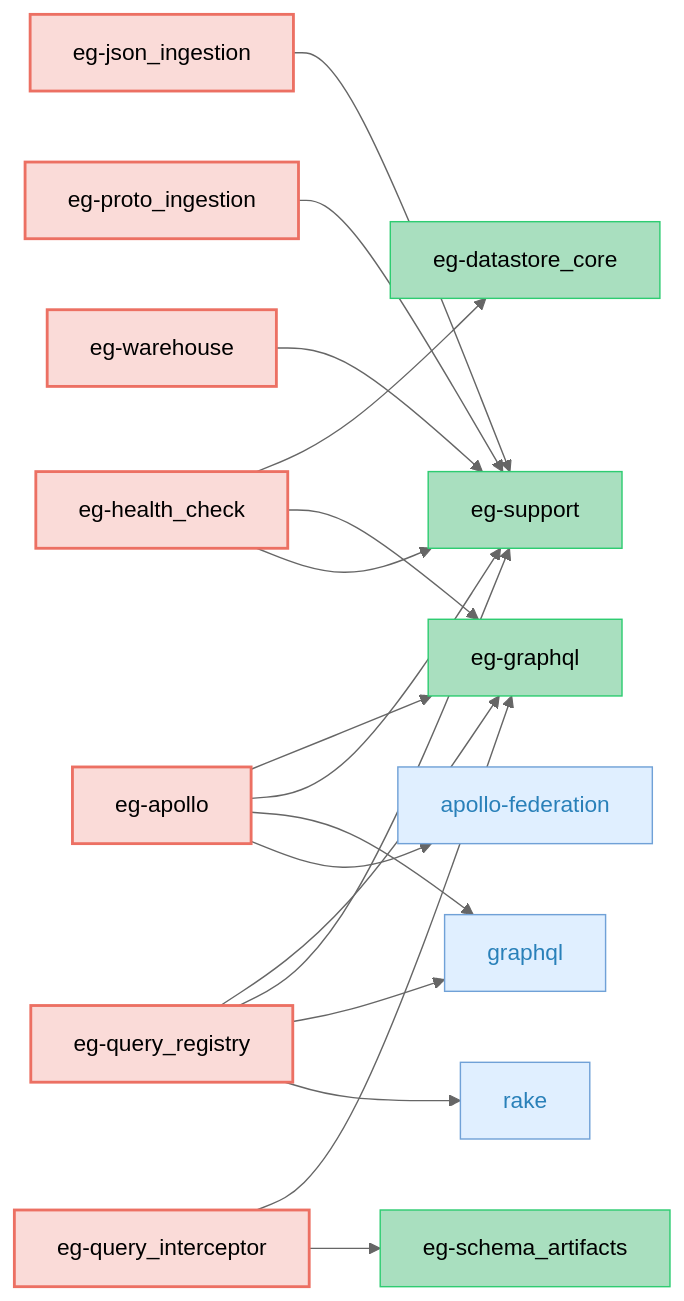
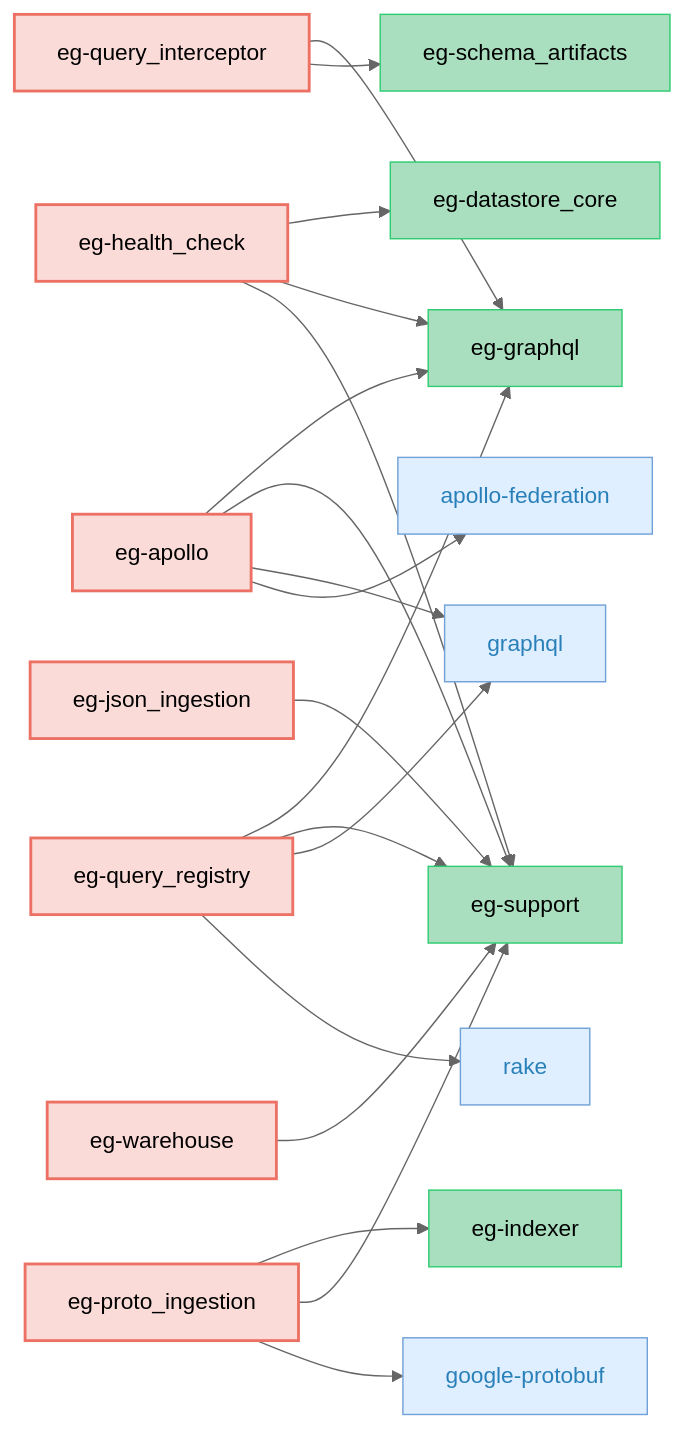
One commit to block/elasticgraph changed the fourth of 5 diagrams in CODEBASE_OVERVIEW.md. Above: the diagram before and after it, drawn with Mermaid (neutral theme). The commit also changed 45 other files, not shown here.

First line of the commit message:
Support protobuf ingestion end to end

````diff
--- a/CODEBASE_OVERVIEW.md
+++ b/CODEBASE_OVERVIEW.md
@@ -209,53 +209,60 @@
 ```mermaid
 graph LR;
     classDef targetGemStyle fill:#FADBD8,stroke:#EC7063,color:#000,stroke-width:2px;
     classDef otherEgGemStyle fill:#A9DFBF,stroke:#2ECC71,color:#000;
     classDef externalGemCatStyle fill:#E0EFFF,stroke:#70A1D7,color:#2980B9;
     elasticgraph-apollo["eg-apollo"];
     elasticgraph-graphql["eg-graphql"];
     elasticgraph-support["eg-support"];
     graphql["graphql"];
     apollo-federation["apollo-federation"];
     elasticgraph-health_check["eg-health_check"];
     elasticgraph-datastore_core["eg-datastore_core"];
     elasticgraph-json_ingestion["eg-json_ingestion"];
     elasticgraph-proto_ingestion["eg-proto_ingestion"];
+    elasticgraph-indexer["eg-indexer"];
+    google-protobuf["google-protobuf"];
     elasticgraph-query_interceptor["eg-query_interceptor"];
     elasticgraph-schema_artifacts["eg-schema_artifacts"];
     elasticgraph-query_registry["eg-query_registry"];
     rake["rake"];
     elasticgraph-warehouse["eg-warehouse"];
     elasticgraph-apollo --> elasticgraph-graphql;
     elasticgraph-apollo --> elasticgraph-support;
     elasticgraph-apollo --> graphql;
     elasticgraph-apollo --> apollo-federation;
     elasticgraph-health_check --> elasticgraph-datastore_core;
     elasticgraph-health_check --> elasticgraph-graphql;
     elasticgraph-health_check --> elasticgraph-support;
     elasticgraph-json_ingestion --> elasticgraph-support;
+    elasticgraph-proto_ingestion --> elasticgraph-indexer;
     elasticgraph-proto_ingestion --> elasticgraph-support;
+    elasticgraph-proto_ingestion --> google-protobuf;
     elasticgraph-query_interceptor --> elasticgraph-graphql;
     elasticgraph-query_interceptor --> elasticgraph-schema_artifacts;
     elasticgraph-query_registry --> elasticgraph-graphql;
     elasticgraph-query_registry --> elasticgraph-support;
     elasticgraph-query_registry --> graphql;
     elasticgraph-query_registry --> rake;
     elasticgraph-warehouse --> elasticgraph-support;
     class elasticgraph-apollo targetGemStyle;
     class elasticgraph-graphql otherEgGemStyle;
     class elasticgraph-support otherEgGemStyle;
     class graphql externalGemCatStyle;
     class apollo-federation externalGemCatStyle;
     class elasticgraph-health_check targetGemStyle;
     class elasticgraph-datastore_core otherEgGemStyle;
     class elasticgraph-json_ingestion targetGemStyle;
     class elasticgraph-proto_ingestion targetGemStyle;
+    class elasticgraph-indexer otherEgGemStyle;
+    class google-protobuf externalGemCatStyle;
     class elasticgraph-query_interceptor targetGemStyle;
     class elasticgraph-schema_artifacts otherEgGemStyle;
     class elasticgraph-query_registry targetGemStyle;
     class rake externalGemCatStyle;
     class elasticgraph-warehouse targetGemStyle;
     click graphql href "https://rubygems.org/gems/graphql" "Open on RubyGems.org" _blank;
     click apollo-federation href "https://rubygems.org/gems/apollo-federation" "Open on RubyGems.org" _blank;
+    click google-protobuf href "https://rubygems.org/gems/google-protobuf" "Open on RubyGems.org" _blank;
     click rake href "https://rubygems.org/gems/rake" "Open on RubyGems.org" _blank;
 ```
````
